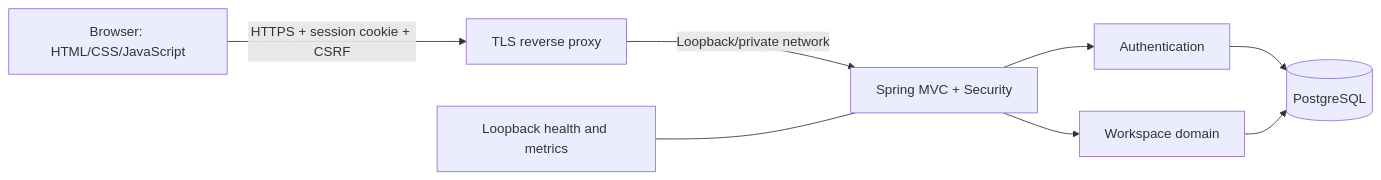
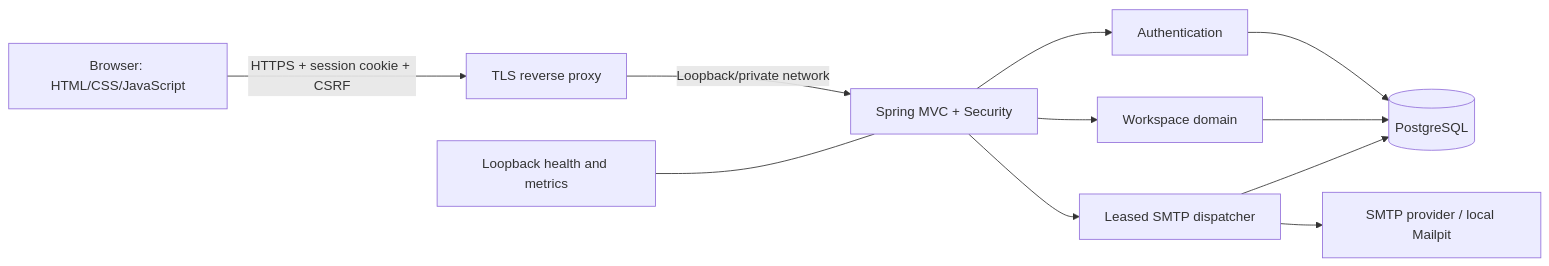
One commit to jon-jc/Orbit changed the first of 2 diagrams in docs/ARCHITECTURE.md. Above: the diagram before and after it, drawn with Mermaid. The commit also changed other lines of this file and 18 other files, not shown here.

````diff
--- a/docs/ARCHITECTURE.md
+++ b/docs/ARCHITECTURE.md
@@ -5,10 +5,13 @@
 ```mermaid
 flowchart LR
     Browser[Browser: HTML/CSS/JavaScript] -->|HTTPS + session cookie + CSRF| Proxy[TLS reverse proxy]
     Proxy -->|Loopback/private network| App[Spring MVC + Security]
     App --> Auth[Authentication]
     App --> Domain[Workspace domain]
+    App --> Mail[Leased SMTP dispatcher]
     Auth --> DB[(PostgreSQL)]
     Domain --> DB
+    Mail --> DB
+    Mail --> SMTP[SMTP provider / local Mailpit]
     Management[Loopback health and metrics] --- App
 ```
````
